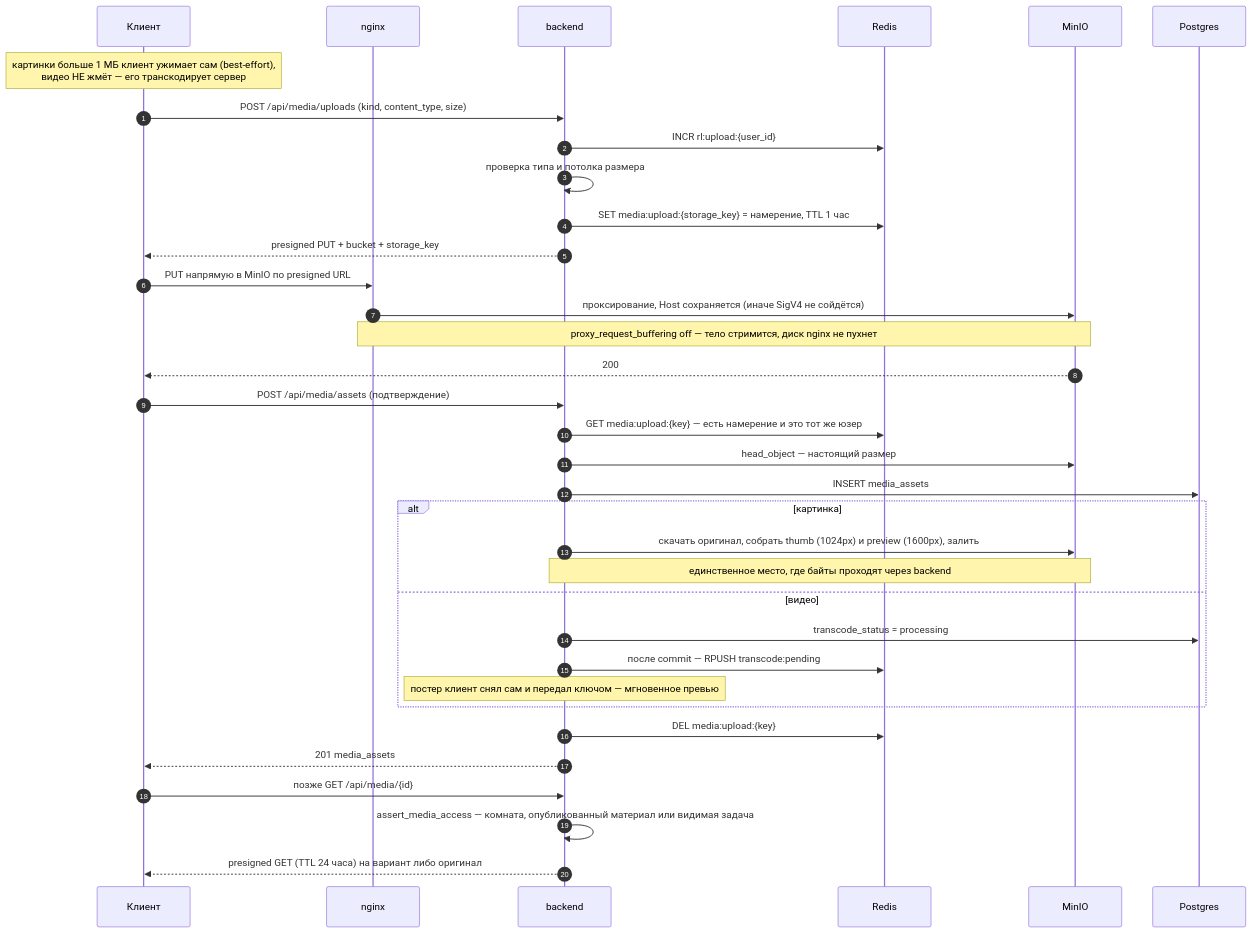
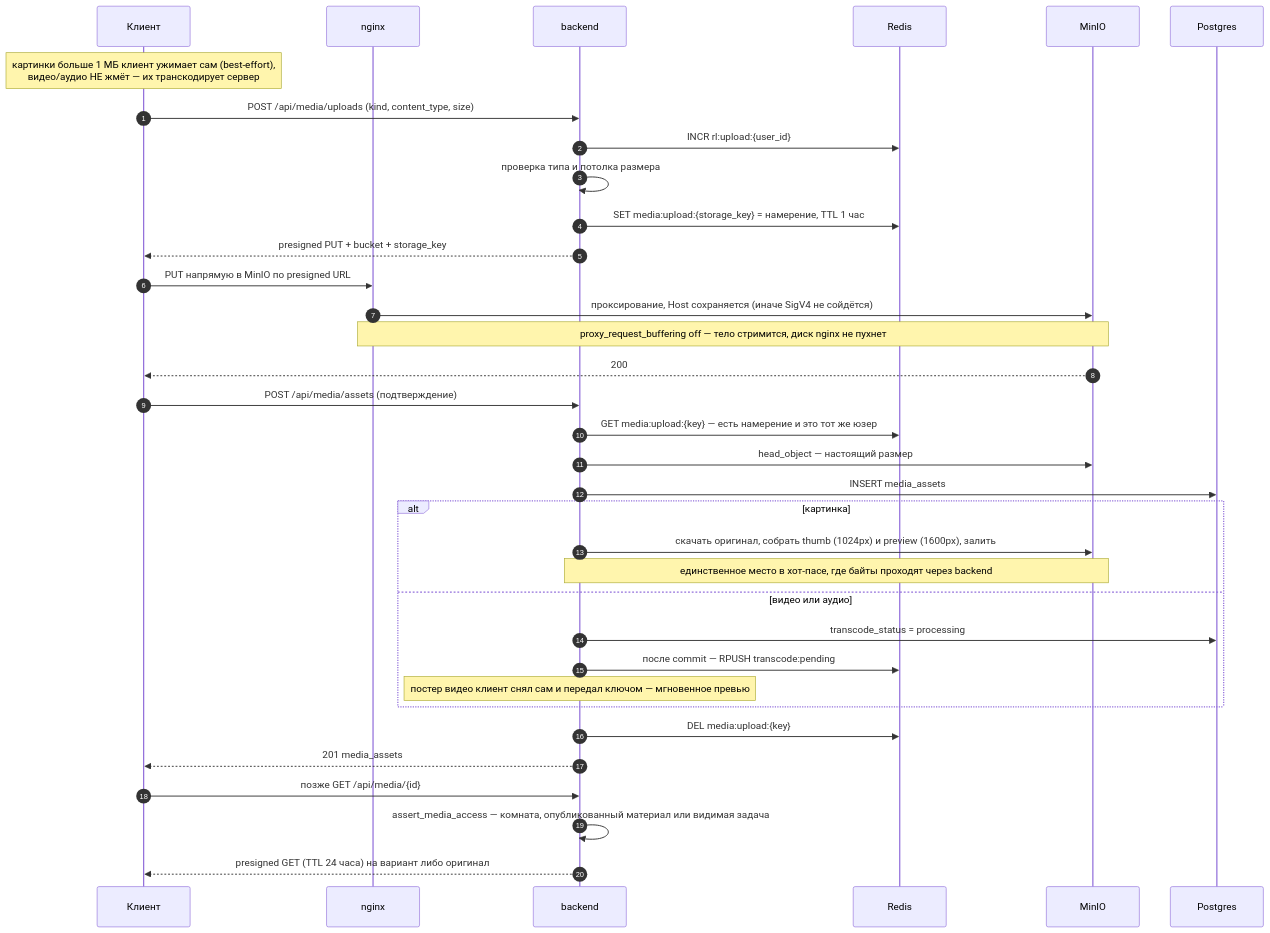
Diagram 15 of 20 in docs/ARCHITECTURE.md (code-tamer3000/argonautica-platfrorm), drawn with Mermaid before and after one commit. The commit also changed other lines of this file, not shown here.

First line of the commit message:
docs: синхронизировать ARCHITECTURE.md с реальностью бэкенда

````diff
--- a/docs/ARCHITECTURE.md
+++ b/docs/ARCHITECTURE.md
@@ -677,42 +885,42 @@
 ```mermaid
 sequenceDiagram
     autonumber
     participant C as Клиент
     participant N as nginx
     participant A as backend
     participant R as Redis
     participant M as MinIO
     participant P as Postgres
 
-    Note over C: картинки больше 1 МБ клиент ужимает сам (best-effort),<br/>видео НЕ жмёт — его транскодирует сервер
+    Note over C: картинки больше 1 МБ клиент ужимает сам (best-effort),<br/>видео/аудио НЕ жмёт — их транскодирует сервер
 
     C->>A: POST /api/media/uploads (kind, content_type, size)
     A->>R: INCR rl:upload:{user_id}
     A->>A: проверка типа и потолка размера
     A->>R: SET media:upload:{storage_key} = намерение, TTL 1 час
     A-->>C: presigned PUT + bucket + storage_key
 
     C->>N: PUT напрямую в MinIO по presigned URL
     N->>M: проксирование, Host сохраняется (иначе SigV4 не сойдётся)
     Note over N,M: proxy_request_buffering off — тело стримится, диск nginx не пухнет
     M-->>C: 200
 
     C->>A: POST /api/media/assets (подтверждение)
     A->>R: GET media:upload:{key} — есть намерение и это тот же юзер
     A->>M: head_object — настоящий размер
     A->>P: INSERT media_assets
     alt картинка
         A->>M: скачать оригинал, собрать thumb (1024px) и preview (1600px), залить
-        Note over A,M: единственное место, где байты проходят через backend
-    else видео
+        Note over A,M: единственное место в хот-пасе, где байты проходят через backend
+    else видео или аудио
         A->>P: transcode_status = processing
         A->>R: после commit — RPUSH transcode:pending
-        Note over A: постер клиент снял сам и передал ключом — мгновенное превью
+        Note over A: постер видео клиент снял сам и передал ключом — мгновенное превью
     end
     A->>R: DEL media:upload:{key}
     A-->>C: 201 media_assets
 
     C->>A: позже GET /api/media/{id}
     A->>A: assert_media_access — комната, опубликованный материал или видимая задача
     A-->>C: presigned GET (TTL 24 часа) на вариант либо оригинал
 ```
````
